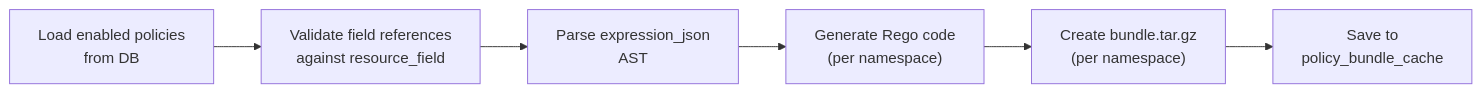
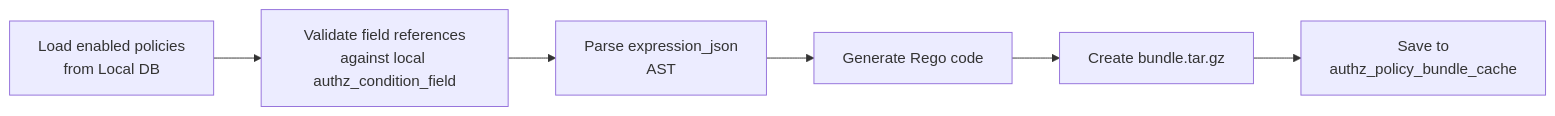
The diagram in 04-opa-integration.md (gopakumar-k-a-datamate/opa_integration_backend), drawn with Mermaid before and after one commit. The commit also changed other lines of this file and 5 other files, not shown here.

````diff
--- a/04-opa-integration.md
+++ b/04-opa-integration.md
@@ -78,8 +59,8 @@
 ```mermaid
 flowchart LR
-    A["Load enabled policies\nfrom DB"] --> B["Validate field references\nagainst resource_field"]
+    A["Load enabled policies\nfrom Local DB"] --> B["Validate field references\nagainst local authz_condition_field"]
     B --> C["Parse expression_json\nAST"]
-    C --> D["Generate Rego code\n(per namespace)"]
-    D --> E["Create bundle.tar.gz\n(per namespace)"]
-    E --> F["Save to\npolicy_bundle_cache"]
+    C --> D["Generate Rego code"]
+    D --> E["Create bundle.tar.gz"]
+    E --> F["Save to\nauthz_policy_bundle_cache"]
 ```
````
